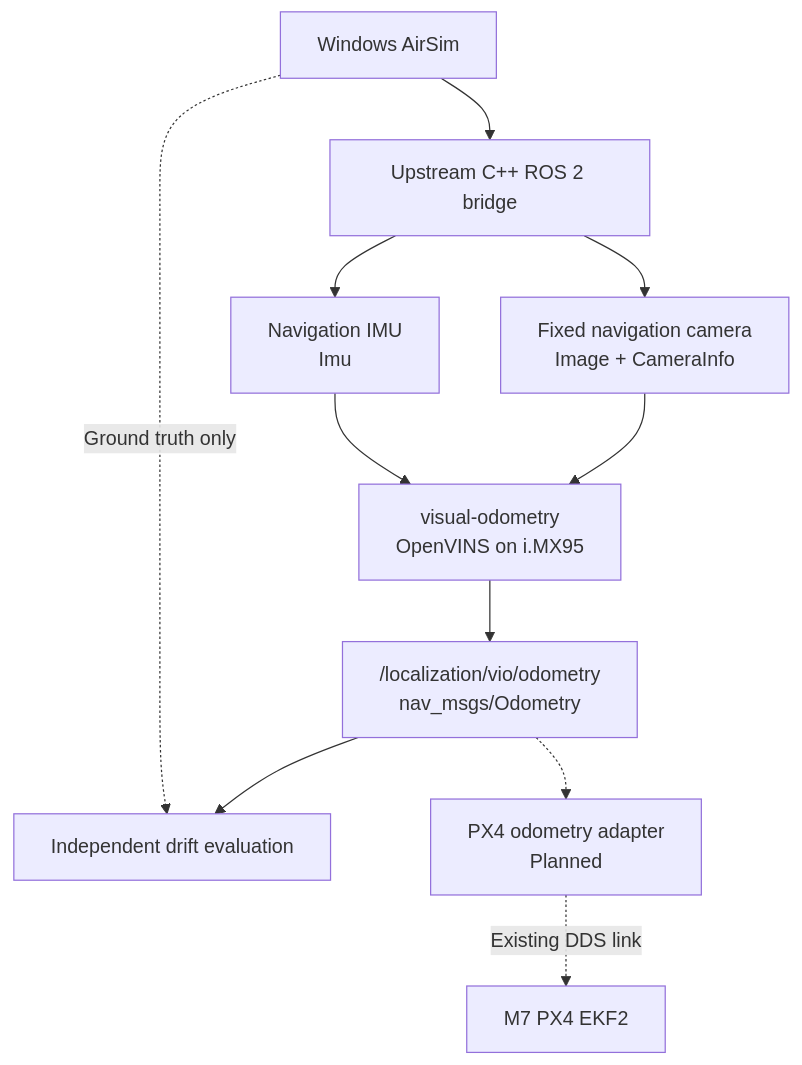
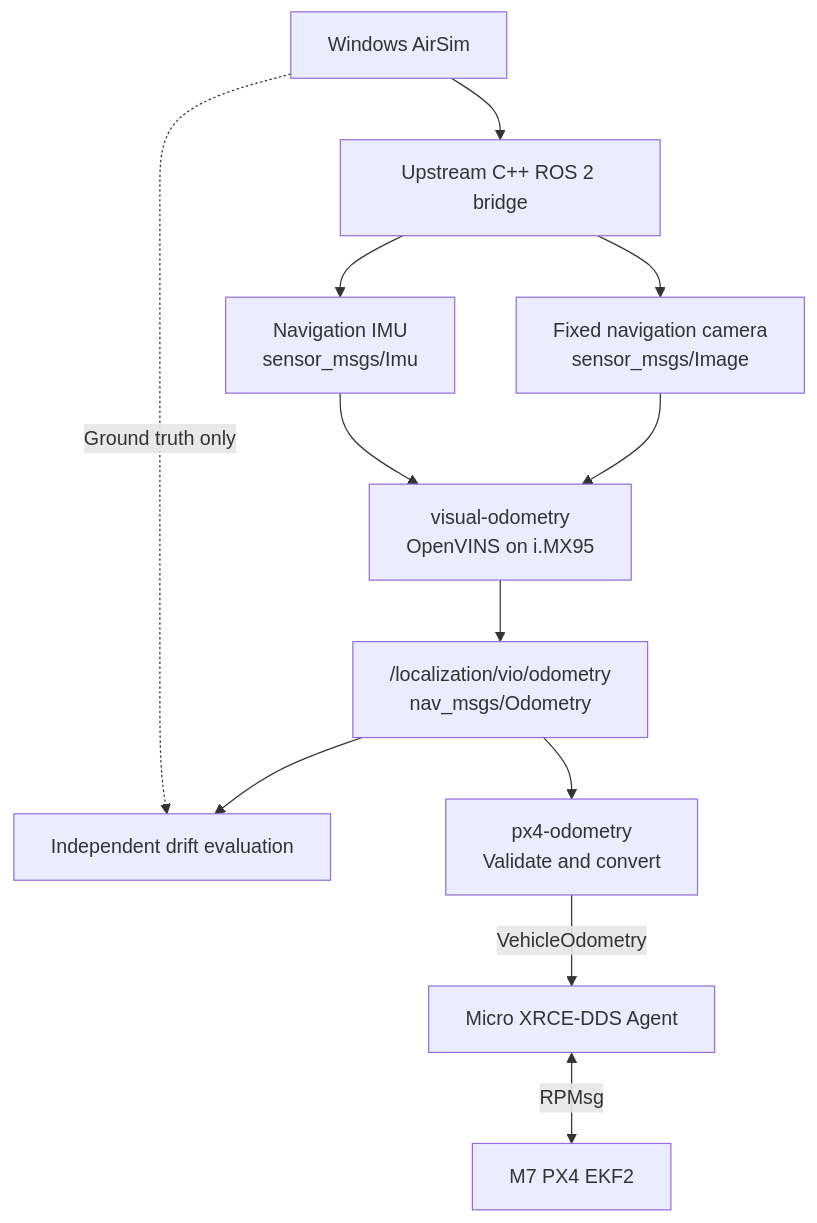
The fourth of 4 diagrams in src/README.md (Swamy-BV/meta-raven), drawn with Mermaid before and after one commit. The commit also changed other lines of this file and 19 other files, not shown here.

````diff
--- a/src/README.md
+++ b/src/README.md
@@ -67,23 +69,25 @@
 ```mermaid
 flowchart TD
     sim["Windows AirSim"]
     bridge["Upstream C++ ROS 2 bridge"]
-    camera["Fixed navigation camera<br/>Image + CameraInfo"]
-    imu["Navigation IMU<br/>Imu"]
+    camera["Fixed navigation camera<br/>sensor_msgs/Image"]
+    imu["Navigation IMU<br/>sensor_msgs/Imu"]
     vio["visual-odometry<br/>OpenVINS on i.MX95"]
     output["/localization/vio/odometry<br/>nav_msgs/Odometry"]
     evaluation["Independent drift evaluation"]
-    adapter["PX4 odometry adapter<br/>Planned"]
+    adapter["px4-odometry<br/>Validate and convert"]
+    dds["Micro XRCE-DDS Agent"]
     px4["M7 PX4 EKF2"]
 
     sim --> bridge
     bridge --> camera
     bridge --> imu
     camera --> vio
     imu --> vio
     vio --> output
     output --> evaluation
     sim -.->|Ground truth only| evaluation
-    output -.-> adapter
-    adapter -.->|Existing DDS link| px4
+    output --> adapter
+    adapter -->|VehicleOdometry| dds
+    dds <-->|RPMsg| px4
 ```
````
